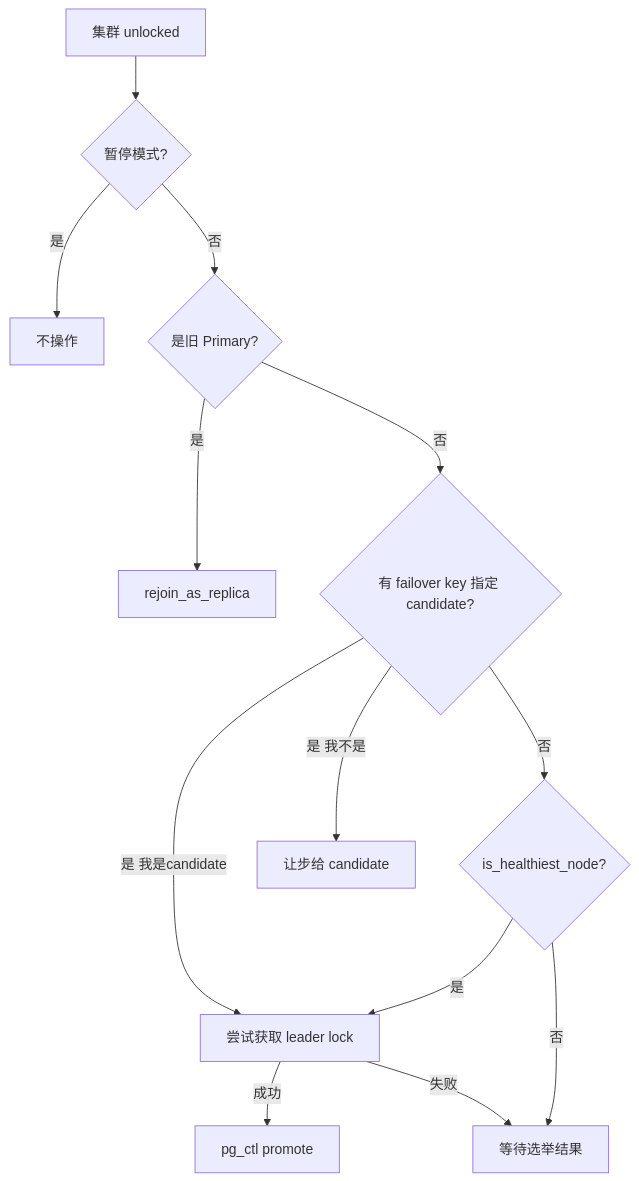
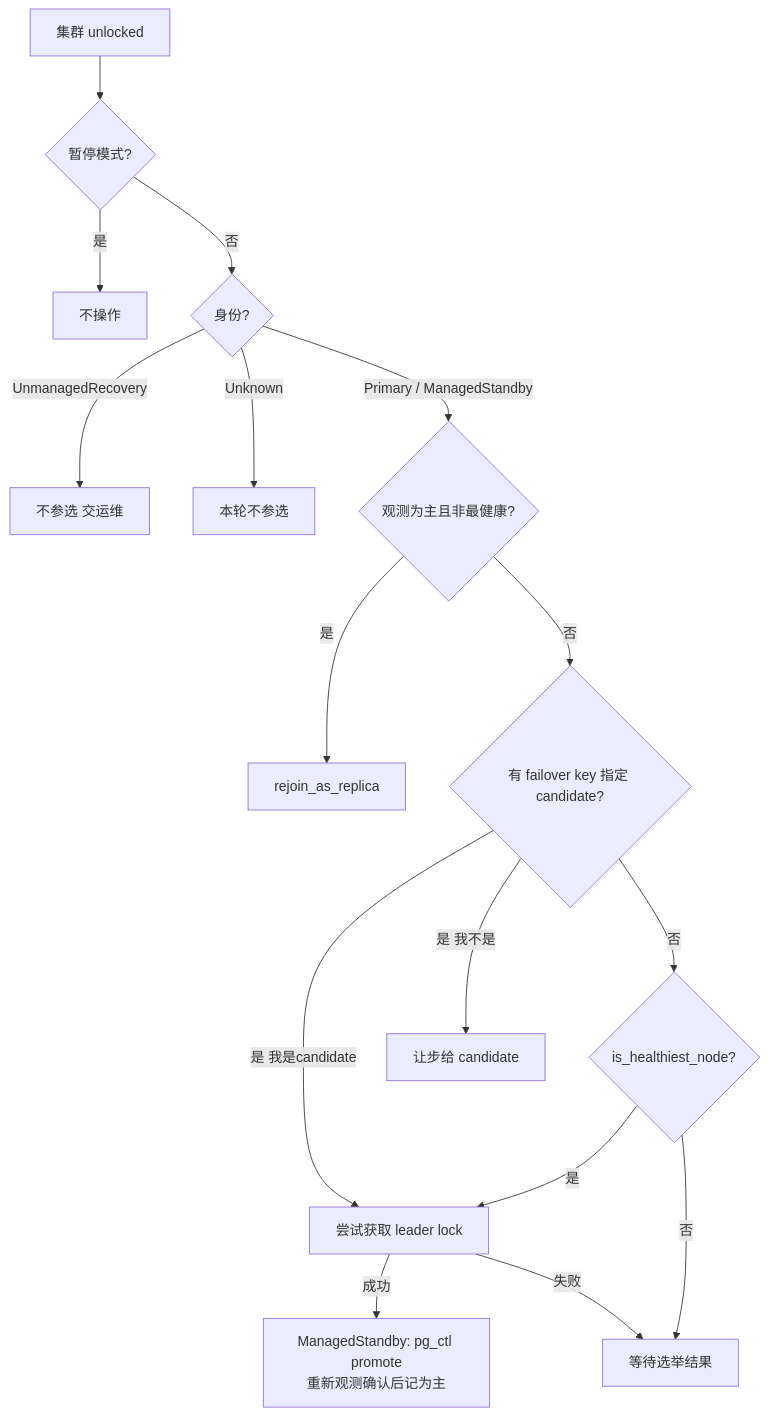
Before and after one commit to seraphico/pg-ha: the third of 11 diagrams in docs/pg-ha-architecture.md, drawn with Mermaid. The commit also changed other lines of this file and 13 other files, not shown here.

First line of the commit message:
fix(ha): decide primary identity from pg_is_in_recovery(), not the remembered role

````diff
--- a/docs/pg-ha-architecture.md
+++ b/docs/pg-ha-architecture.md
@@ -47,15 +50,18 @@
 ```mermaid
 flowchart TD
     START[集群 unlocked] --> PAUSE{暂停模式?}
     PAUSE -->|是| NOOP[不操作]
-    PAUSE -->|否| STALE{是旧 Primary?}
+    PAUSE -->|否| IDENT{身份?}
+    IDENT -->|UnmanagedRecovery| ASIDE[不参选 交运维]
+    IDENT -->|Unknown| SKIP[本轮不参选]
+    IDENT -->|Primary / ManagedStandby| STALE{观测为主且非最健康?}
     STALE -->|是| REJOIN[rejoin_as_replica]
     STALE -->|否| FAILOVER{有 failover key 指定 candidate?}
     FAILOVER -->|是 我是candidate| ACQUIRE[尝试获取 leader lock]
     FAILOVER -->|是 我不是| DEFER[让步给 candidate]
     FAILOVER -->|否| HEALTH{is_healthiest_node?}
     HEALTH -->|是| ACQUIRE
     HEALTH -->|否| WAIT[等待选举结果]
-    ACQUIRE -->|成功| PROMOTE[pg_ctl promote]
+    ACQUIRE -->|成功| PROMOTE[ManagedStandby: pg_ctl promote<br/>重新观测确认后记为主]
     ACQUIRE -->|失败| WAIT
 ```
````
